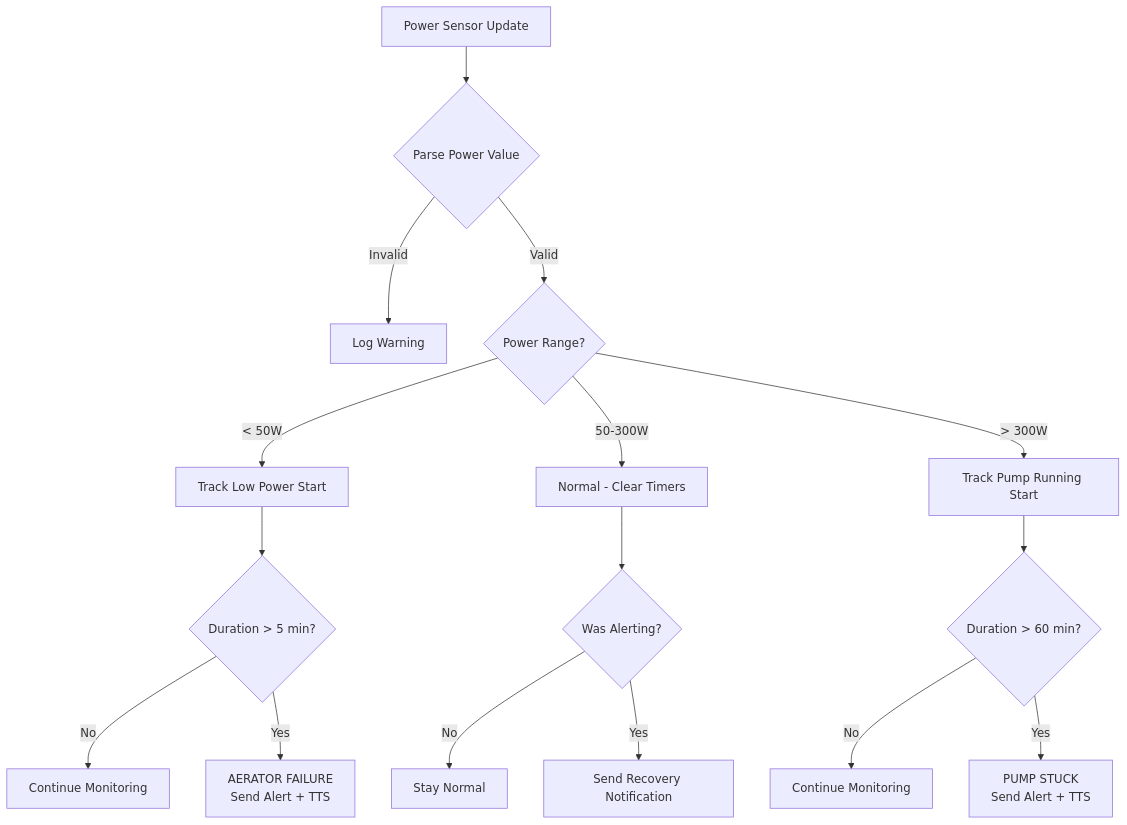
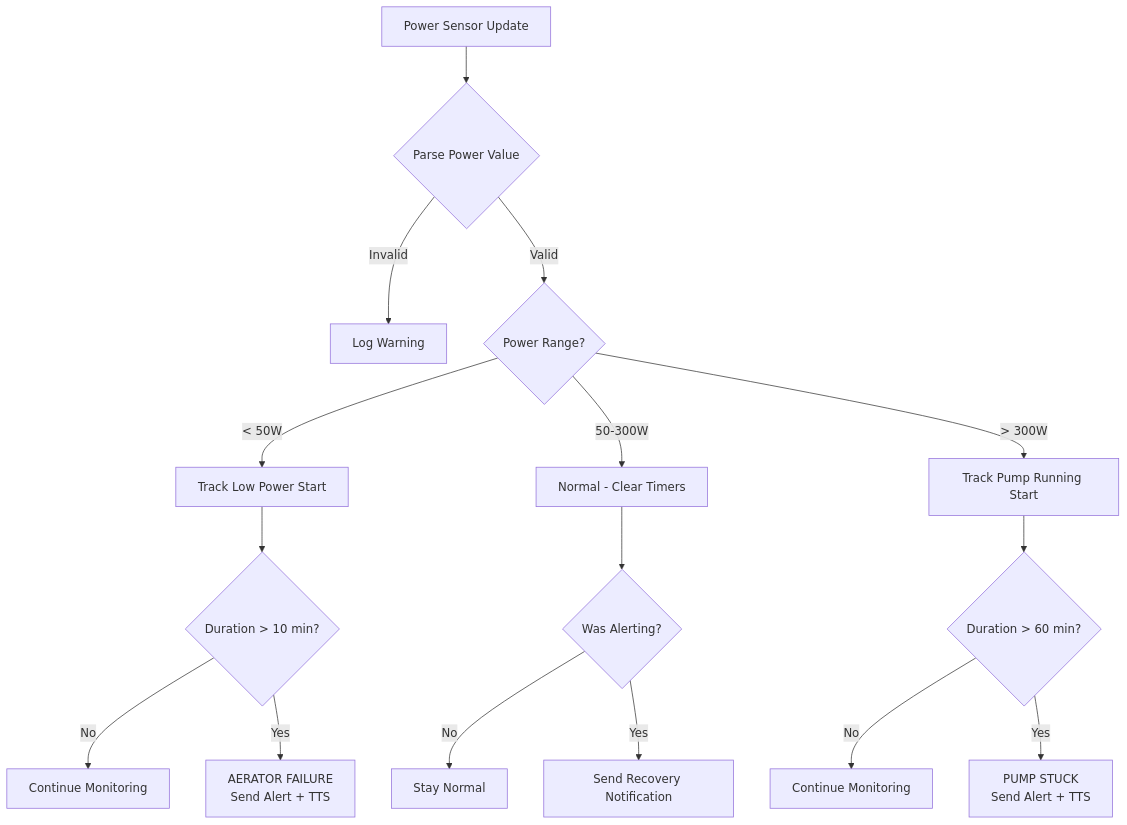
Before and after one commit to NickBorgers/home-automation: the first of 2 diagrams in docs/flows/SEPTIC_MONITORING.md, drawn with Mermaid. The commit also changed other lines of this file and 2 other files, not shown here.

````diff
--- a/docs/flows/SEPTIC_MONITORING.md
+++ b/docs/flows/SEPTIC_MONITORING.md
@@ -18,22 +18,22 @@
 ```mermaid
 flowchart TD
     A[Power Sensor Update] --> B{Parse Power Value}
     B -->|Invalid| Z[Log Warning]
     B -->|Valid| C{Power Range?}
 
     C -->|< 50W| D[Track Low Power Start]
     C -->|50-300W| E[Normal - Clear Timers]
     C -->|> 300W| F[Track Pump Running Start]
 
-    D --> G{Duration > 5 min?}
+    D --> G{Duration > 10 min?}
     G -->|No| H[Continue Monitoring]
     G -->|Yes| I[AERATOR FAILURE<br/>Send Alert + TTS]
 
     F --> J{Duration > 60 min?}
     J -->|No| K[Continue Monitoring]
     J -->|Yes| L[PUMP STUCK<br/>Send Alert + TTS]
 
     E --> M{Was Alerting?}
     M -->|No| N[Stay Normal]
     M -->|Yes| O[Send Recovery Notification]
 ```
````
